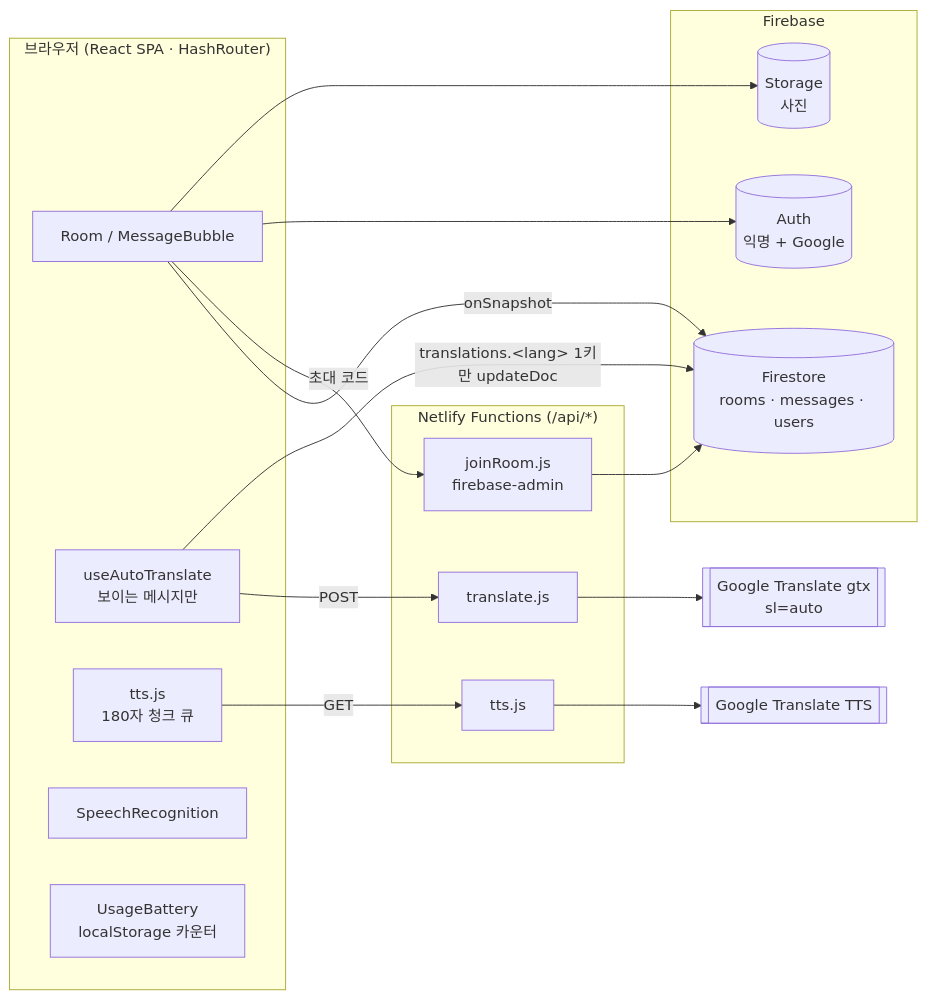
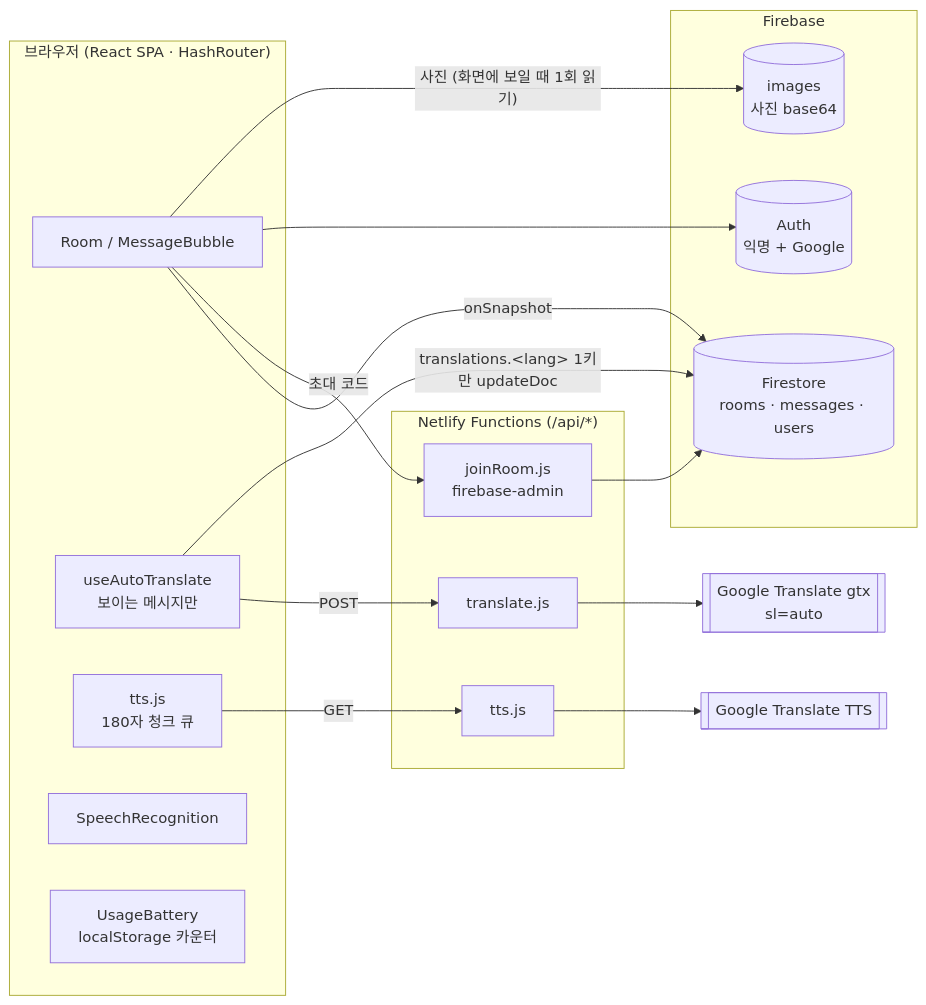
The diagram in TECH_STACK.md (herwoojin/multi_chat), drawn with Mermaid before and after one commit. The commit also changed other lines of this file and 26 other files, not shown here.

````diff
--- a/TECH_STACK.md
+++ b/TECH_STACK.md
@@ -11,33 +11,33 @@
 ```mermaid
 flowchart LR
   subgraph Browser["브라우저 (React SPA · HashRouter)"]
     UI[Room / MessageBubble]
     AT[useAutoTranslate<br/>보이는 메시지만]
     TTS[tts.js<br/>180자 청크 큐]
     STT[SpeechRecognition]
     BAT[UsageBattery<br/>localStorage 카운터]
   end
 
   subgraph Netlify["Netlify Functions (/api/*)"]
     TR[translate.js]
     TS[tts.js]
     JR[joinRoom.js<br/>firebase-admin]
   end
 
   subgraph Firebase
     AUTH[(Auth<br/>익명 + Google)]
     FS[(Firestore<br/>rooms · messages · users)]
-    ST[(Storage<br/>사진)]
+    IMG[(images<br/>사진 base64)]
   end
 
   G1[[Google Translate gtx<br/>sl=auto]]
   G2[[Google Translate TTS]]
 
   UI -- onSnapshot --> FS
   AT -- POST --> TR --> G1
   AT -- "translations.&lt;lang&gt; 1키만 updateDoc" --> FS
   TTS -- GET --> TS --> G2
   UI -- 초대 코드 --> JR --> FS
   UI --> AUTH
-  UI --> ST
+  UI -- "사진 (화면에 보일 때 1회 읽기)" --> IMG
 ```
````
